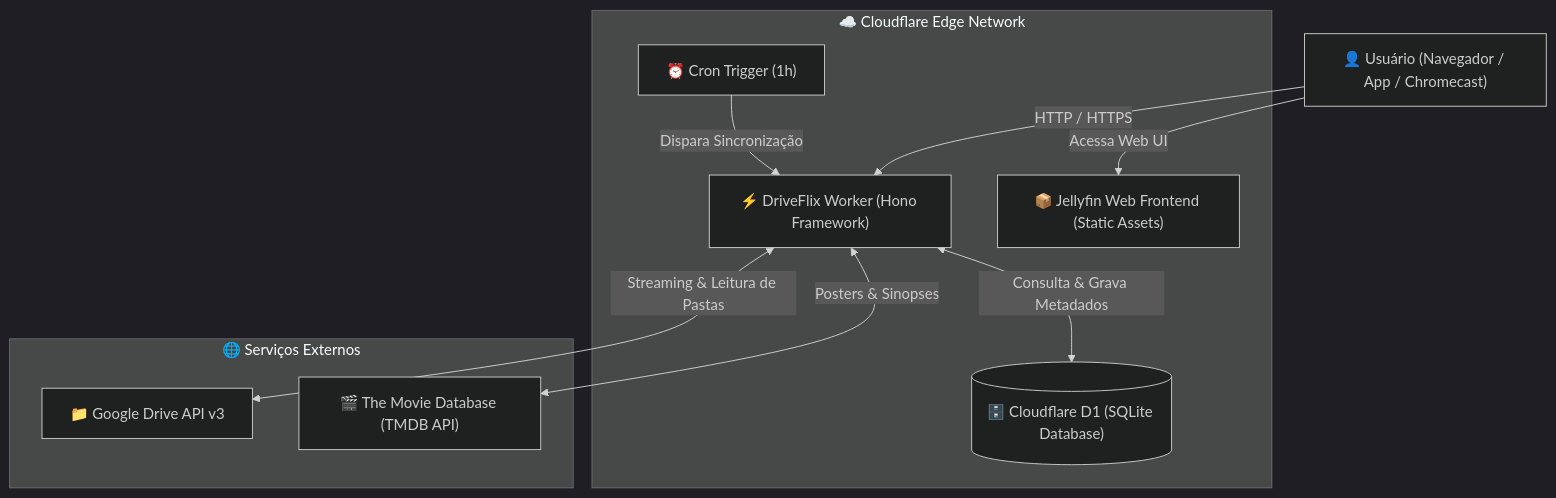
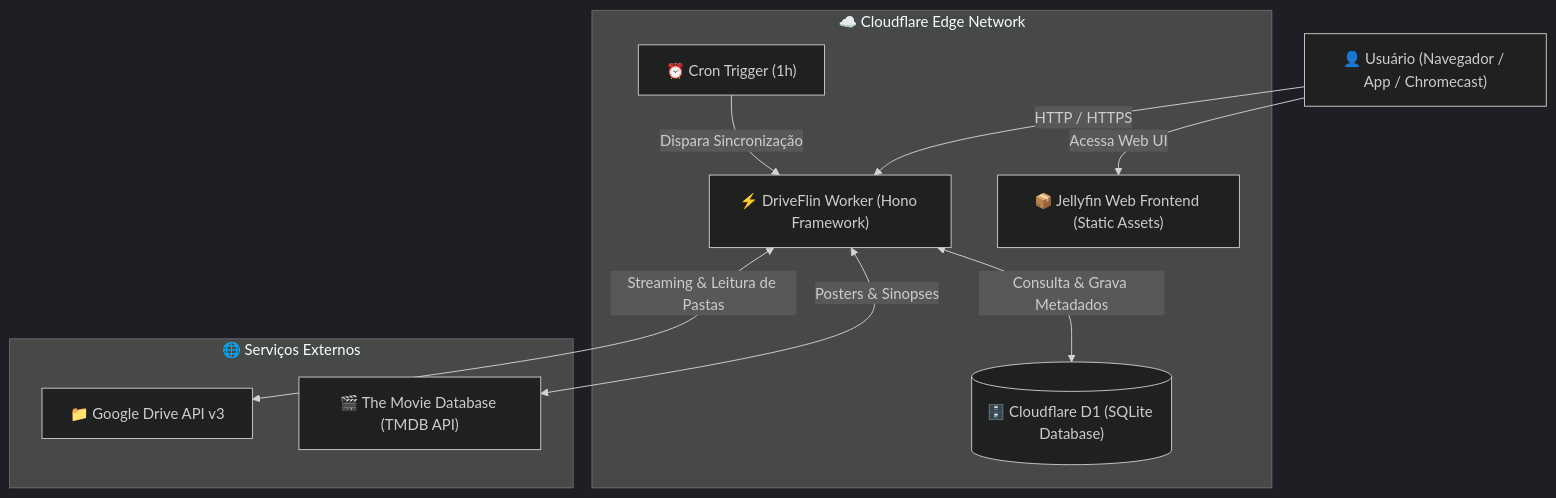
Before and after one commit to samucamg/DriveFlix: the diagram in README.md, drawn with Mermaid (dark theme). The commit also changed other lines of this file and 12 other files, not shown here.

Commit message:
chore & docs: rename project to DriveFlin and update all repository links

````diff
--- a/README.md
+++ b/README.md
@@ -58,23 +58,23 @@
 ```mermaid
 flowchart TD
     User["👤 Usuário (Navegador / App / Chromecast)"]
     
     subgraph Cloudflare["☁️ Cloudflare Edge Network"]
-        Worker["⚡ DriveFlix Worker (Hono Framework)"]
+        Worker["⚡ DriveFlin Worker (Hono Framework)"]
         D1[("🗄️ Cloudflare D1 (SQLite Database)")]
         Assets["📦 Jellyfin Web Frontend (Static Assets)"]
         Cron["⏰ Cron Trigger (1h)"]
     end
     
     subgraph External["🌐 Serviços Externos"]
         GDrive["📁 Google Drive API v3"]
         TMDB["🎬 The Movie Database (TMDB API)"]
     end
 
     User -->|HTTP / HTTPS| Worker
     User -->|Acessa Web UI| Assets
     Cron -->|Dispara Sincronização| Worker
     Worker <-->|Consulta & Grava Metadados| D1
     Worker <-->|Streaming & Leitura de Pastas| GDrive
     Worker <-->|Posters & Sinopses| TMDB
 ```
````
